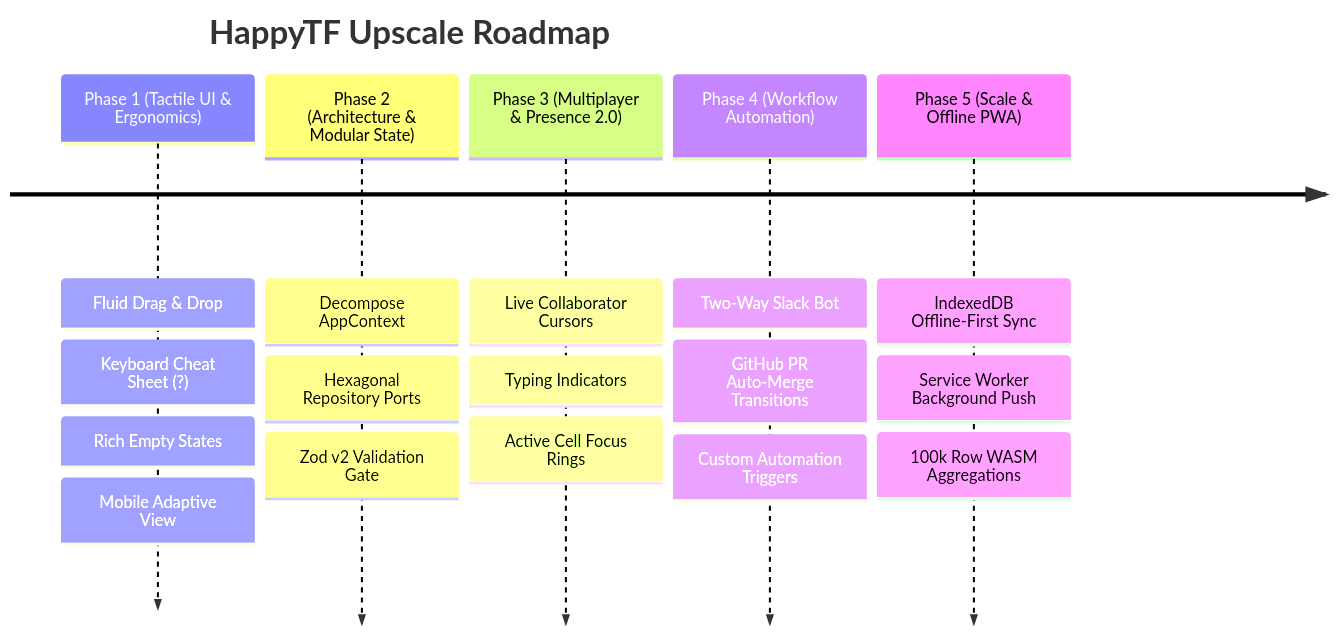
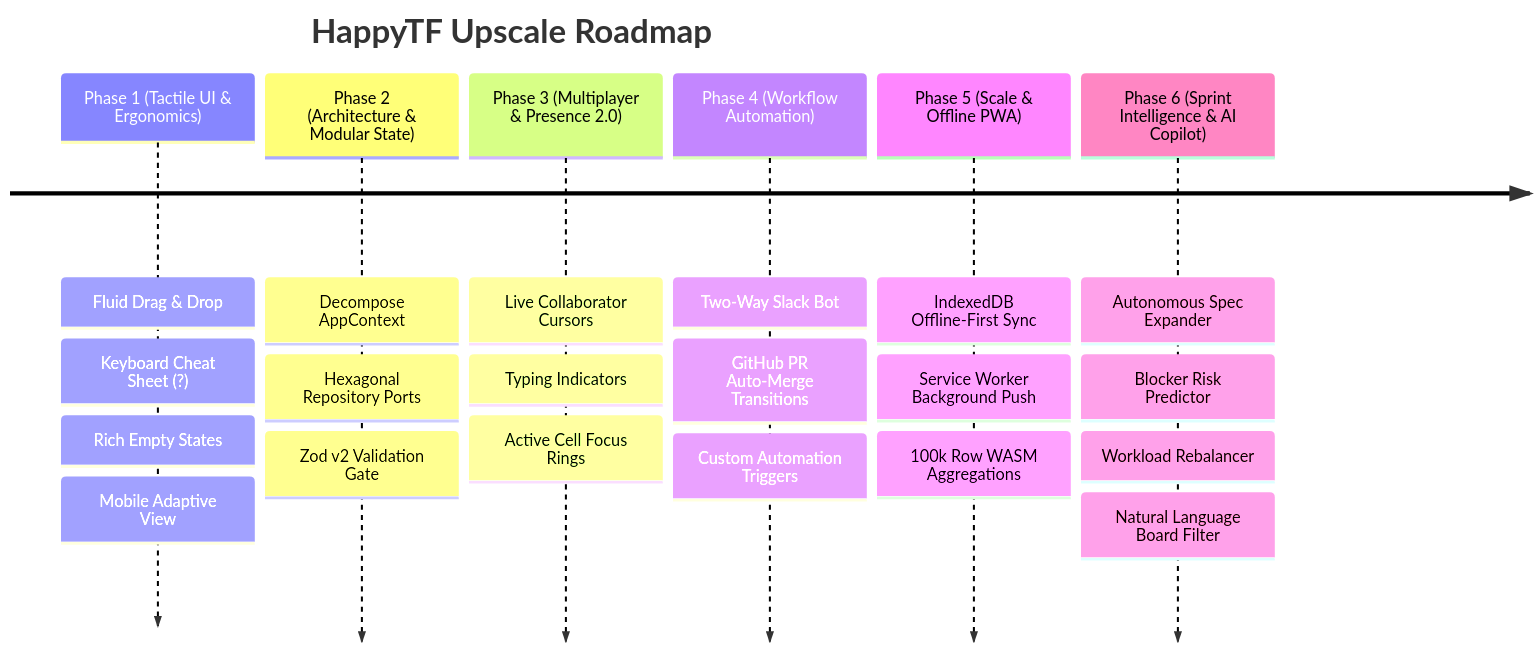
One commit to Realwaan/HappyTF changed the diagram in UPSCALE.md. Above: the diagram before and after it, drawn with Mermaid. The commit also changed other lines of this file and 26 other files, not shown here.

````diff
--- a/UPSCALE.md
+++ b/UPSCALE.md
@@ -14,9 +14,10 @@
 ```mermaid
 timeline
     title HappyTF Upscale Roadmap
     Phase 1 (Tactile UI & Ergonomics) : Fluid Drag & Drop : Keyboard Cheat Sheet (?) : Rich Empty States : Mobile Adaptive View
     Phase 2 (Architecture & Modular State) : Decompose AppContext : Hexagonal Repository Ports : Zod v2 Validation Gate
     Phase 3 (Multiplayer & Presence 2.0) : Live Collaborator Cursors : Typing Indicators : Active Cell Focus Rings
     Phase 4 (Workflow Automation) : Two-Way Slack Bot : GitHub PR Auto-Merge Transitions : Custom Automation Triggers
     Phase 5 (Scale & Offline PWA) : IndexedDB Offline-First Sync : Service Worker Background Push : 100k Row WASM Aggregations
+    Phase 6 (Sprint Intelligence & AI Copilot) : Autonomous Spec Expander : Blocker Risk Predictor : Workload Rebalancer : Natural Language Board Filter
 ```
````
